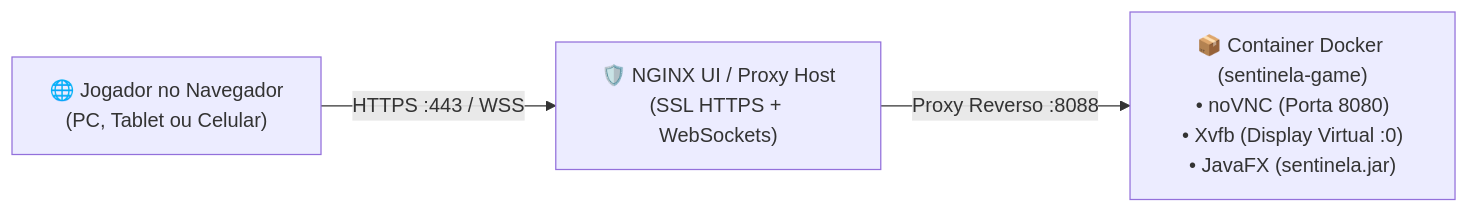
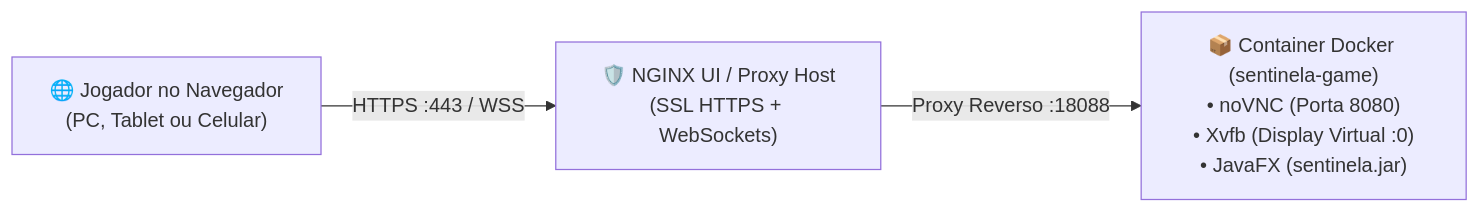
One commit to Blimabru/sentinela changed the sixth of 6 diagrams in README.md. Above: the diagram before and after it, drawn with Mermaid. The commit also changed other lines of this file, not shown here.

````diff
--- a/README.md
+++ b/README.md
@@ -421,9 +421,9 @@
 ```mermaid
 flowchart LR
     User["🌐 Jogador no Navegador\n(PC, Tablet ou Celular)"]
     NginxUI["🛡️ NGINX UI / Proxy Host\n(SSL HTTPS + WebSockets)"]
     Docker["📦 Container Docker (sentinela-game)\n• noVNC (Porta 8080)\n• Xvfb (Display Virtual :0)\n• JavaFX (sentinela.jar)"]
 
     User -->|HTTPS :443 / WSS| NginxUI
-    NginxUI -->|Proxy Reverso :8088| Docker
+    NginxUI -->|Proxy Reverso :18088| Docker
 ```
````
